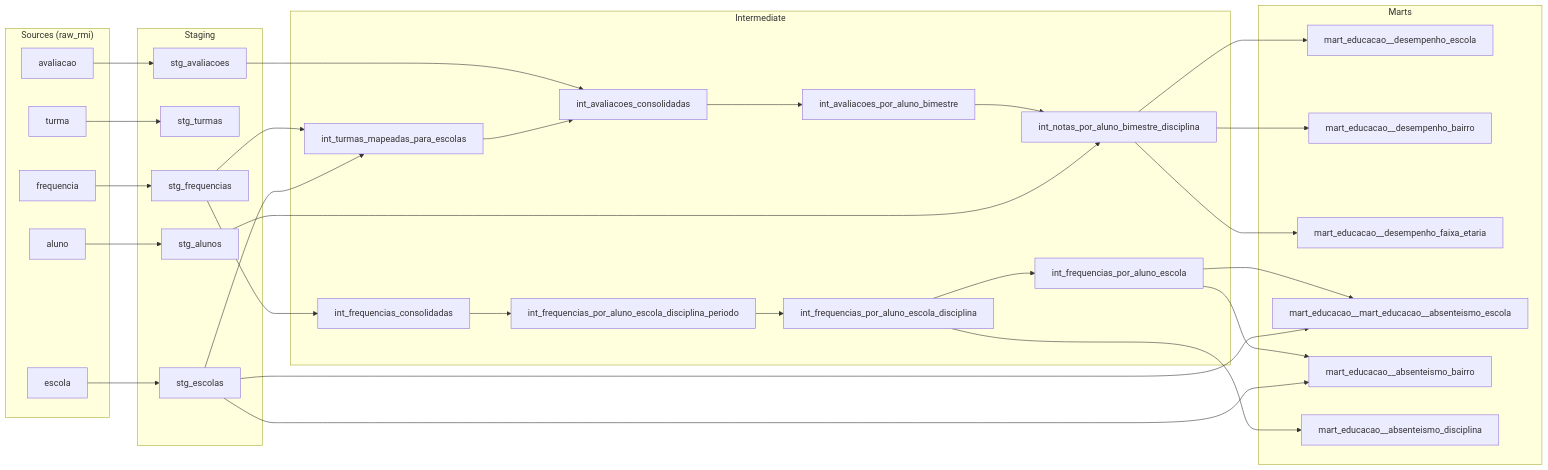
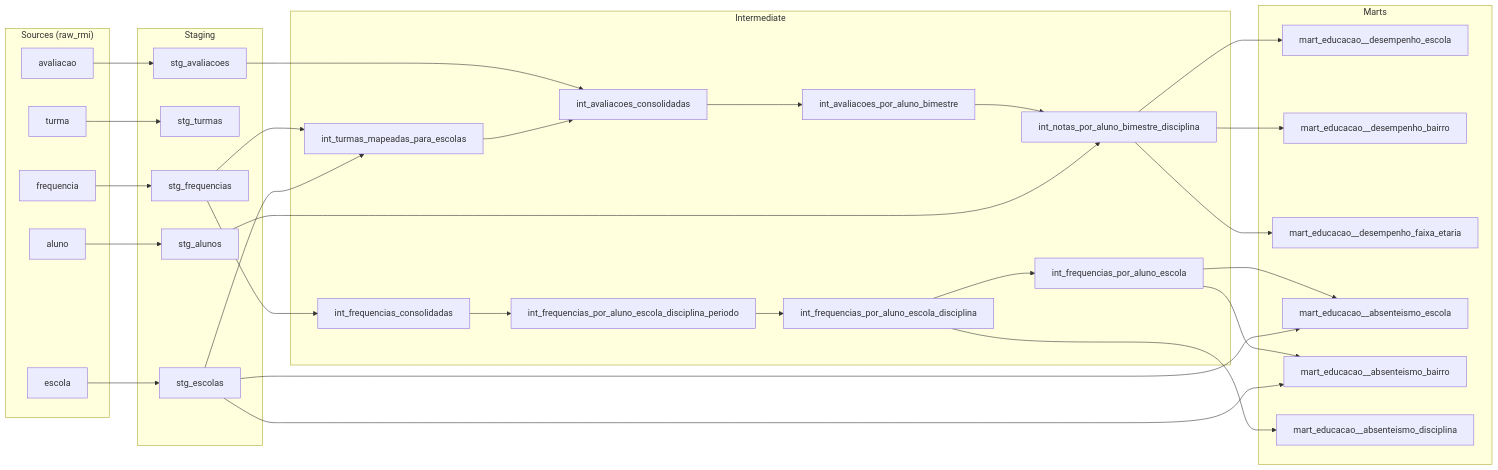
The diagram in README.md (gabrielribeirobizerril/desafio-cientista-dados-peqc), drawn with Mermaid before and after one commit. The commit also changed other lines of this file and 4 other files, not shown here.

````diff
--- a/README.md
+++ b/README.md
@@ -42,31 +43,31 @@
 ```mermaid
 flowchart LR
   subgraph Sources ["Sources (raw_rmi)"]
     a[aluno]; t[turma]; e[escola]; f[frequencia]; v[avaliacao]
   end
   subgraph Staging
     sa[stg_alunos]; st[stg_turmas]; se[stg_escolas]; sf[stg_frequencias]; sv[stg_avaliacoes]
   end
   subgraph Intermediate
     im[int_turmas_mapeadas_para_escolas]
     ic[int_avaliacoes_consolidadas]
     ib[int_avaliacoes_por_aluno_bimestre]
     nt[int_notas_por_aluno_bimestre_disciplina]
     fc[int_frequencias_consolidadas]
     fp[int_frequencias_por_aluno_escola_disciplina_periodo]
     fd[int_frequencias_por_aluno_escola_disciplina]
     fe[int_frequencias_por_aluno_escola]
   end
   subgraph Marts
     d1[mart_educacao__desempenho_escola]; d2[mart_educacao__desempenho_bairro]; d3[mart_educacao__desempenho_faixa_etaria]
-    a1[mart_educacao__mart_educacao__absenteismo_escola]; a2[mart_educacao__absenteismo_bairro]; a3[mart_educacao__absenteismo_disciplina]
+    a1[mart_educacao__absenteismo_escola]; a2[mart_educacao__absenteismo_bairro]; a3[mart_educacao__absenteismo_disciplina]
   end
   a-->sa; t-->st; e-->se; f-->sf; v-->sv
   sf-->im; se-->im
   sv-->ic; im-->ic
   ic-->ib-->nt; sa-->nt
   nt-->d1 & d2 & d3
   sf-->fc-->fp-->fd-->fe
   fd-->a3
   fe-->a1 & a2; se-->a1 & a2
 ```
````
